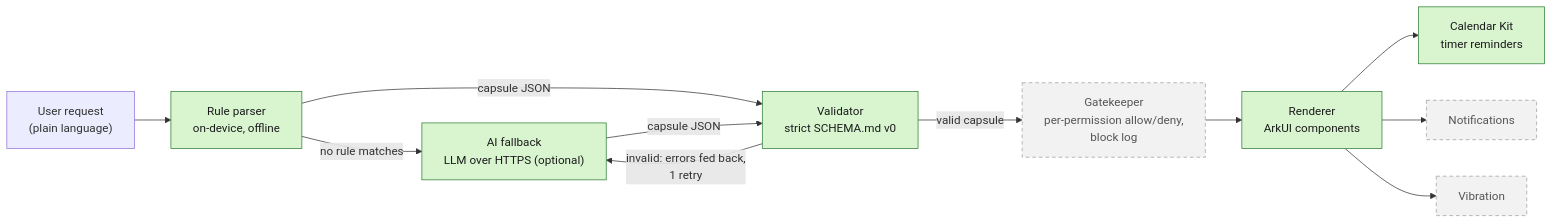
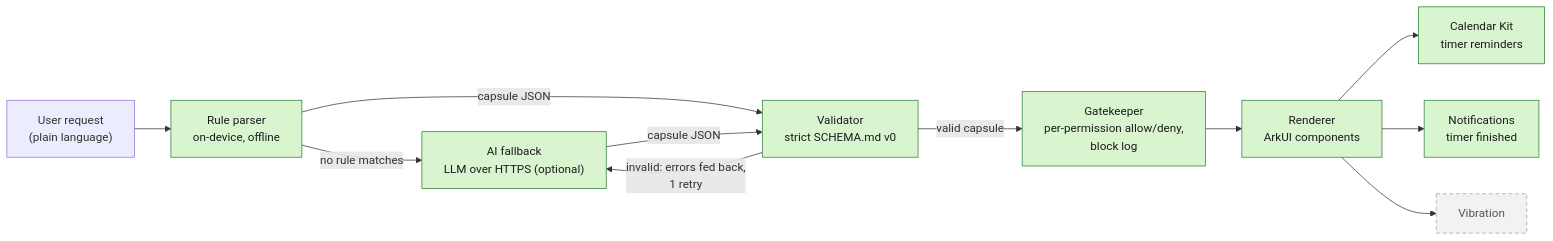
Before and after one commit to Akshaz7/capsules-harmonyos: the diagram in README.md, drawn with Mermaid. The commit also changed other lines of this file, not shown here.

Commit message:
docs: README marks gatekeeper and timer notifications as built; notify action still planned

````diff
--- a/README.md
+++ b/README.md
@@ -20,18 +20,18 @@
 ```mermaid
 flowchart LR
     R["User request<br/>(plain language)"] --> P["Rule parser<br/>on-device, offline"]
     P -- "no rule matches" --> AI["AI fallback<br/>LLM over HTTPS (optional)"]
     P -- "capsule JSON" --> V["Validator<br/>strict SCHEMA.md v0"]
     AI -- "capsule JSON" --> V
     V -- "invalid: errors fed back,<br/>1 retry" --> AI
     V -- "valid capsule" --> G["Gatekeeper<br/>per-permission allow/deny,<br/>block log"]
     G --> RN["Renderer<br/>ArkUI components"]
     RN --> CAL["Calendar Kit<br/>timer reminders"]
-    RN --> N["Notifications"]
+    RN --> N["Notifications<br/>timer finished"]
     RN --> VB["Vibration"]
 
     classDef built fill:#d8f5d0,stroke:#2e7d32,color:#1b1b1b
     classDef planned fill:#f2f2f2,stroke:#9e9e9e,stroke-dasharray:5 4,color:#555
-    class P,AI,V,RN,CAL built
-    class G,N,VB planned
+    class P,AI,V,G,RN,CAL,N built
+    class VB planned
 ```
````
